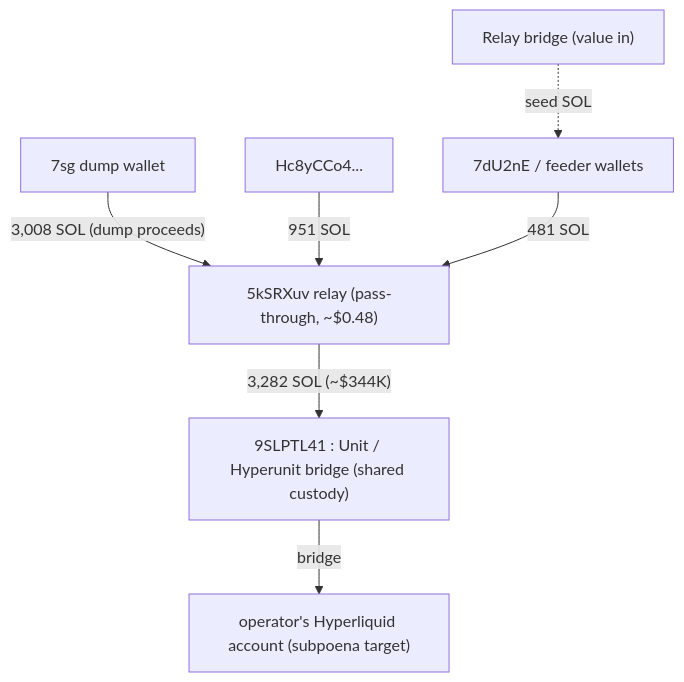
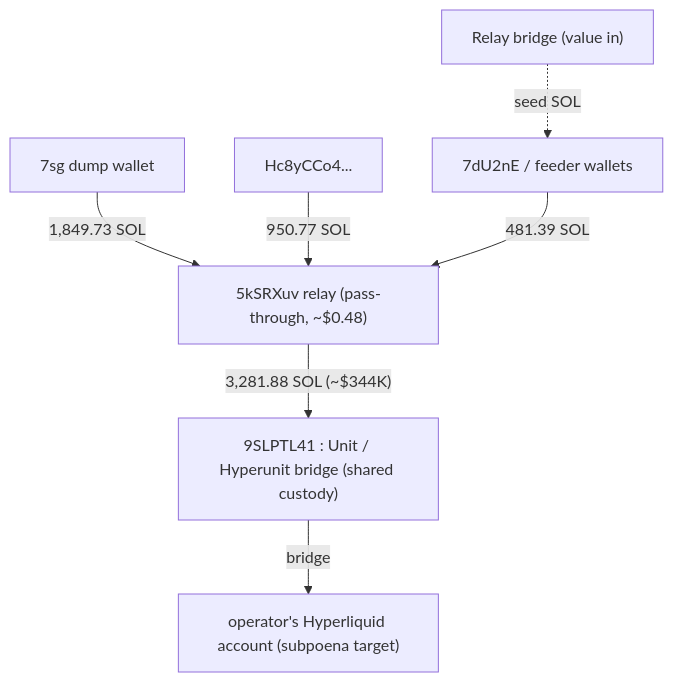
One commit to deepwoodssec/FollowTheLeek changed the diagram in crypto/README.md. Above: the diagram before and after it, drawn with Mermaid. The commit also changed other lines of this file, not shown here.

Commit message:
crypto: correct relay feeder amounts to balance-verified figures (in=out=3,281.88 SOL, reconciles to lamport)

````diff
--- a/crypto/README.md
+++ b/crypto/README.md
@@ -110,9 +110,9 @@
 ```mermaid
 flowchart TD
     RB["Relay bridge (value in)"] -.->|seed SOL| DU["7dU2nE / feeder wallets"]
-    A7["7sg dump wallet"] -->|"3,008 SOL (dump proceeds)"| RELAY
-    HC["Hc8yCCo4..."] -->|"951 SOL"| RELAY
-    DU -->|"481 SOL"| RELAY
-    RELAY["5kSRXuv relay (pass-through, ~$0.48)"] -->|"3,282 SOL (~$344K)"| UNIT
+    A7["7sg dump wallet"] -->|"1,849.73 SOL"| RELAY
+    HC["Hc8yCCo4..."] -->|"950.77 SOL"| RELAY
+    DU -->|"481.39 SOL"| RELAY
+    RELAY["5kSRXuv relay (pass-through, ~$0.48)"] -->|"3,281.88 SOL (~$344K)"| UNIT
     UNIT["9SLPTL41 : Unit / Hyperunit bridge (shared custody)"] -->|bridge| HL["operator's Hyperliquid account (subpoena target)"]
 ```
````
